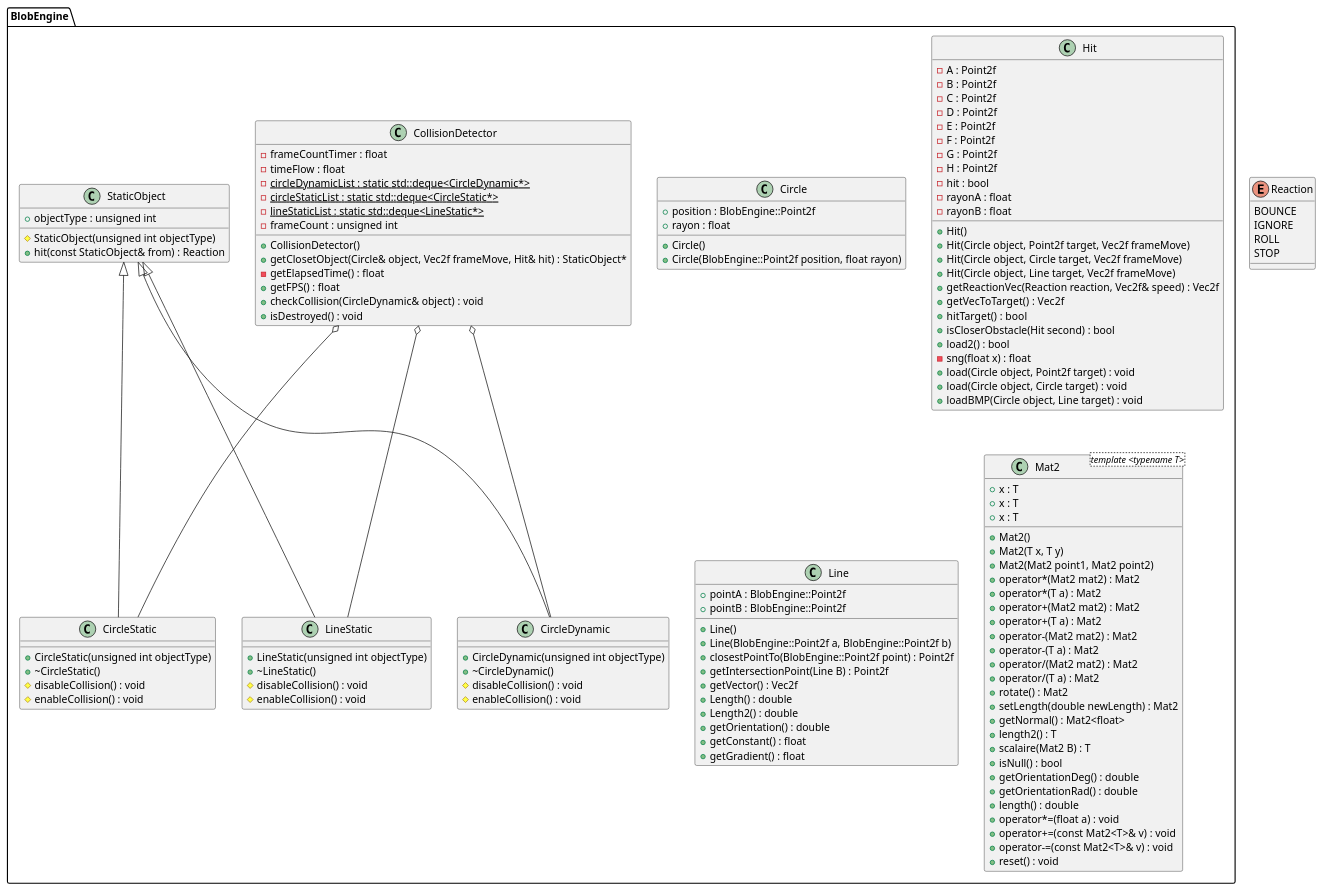
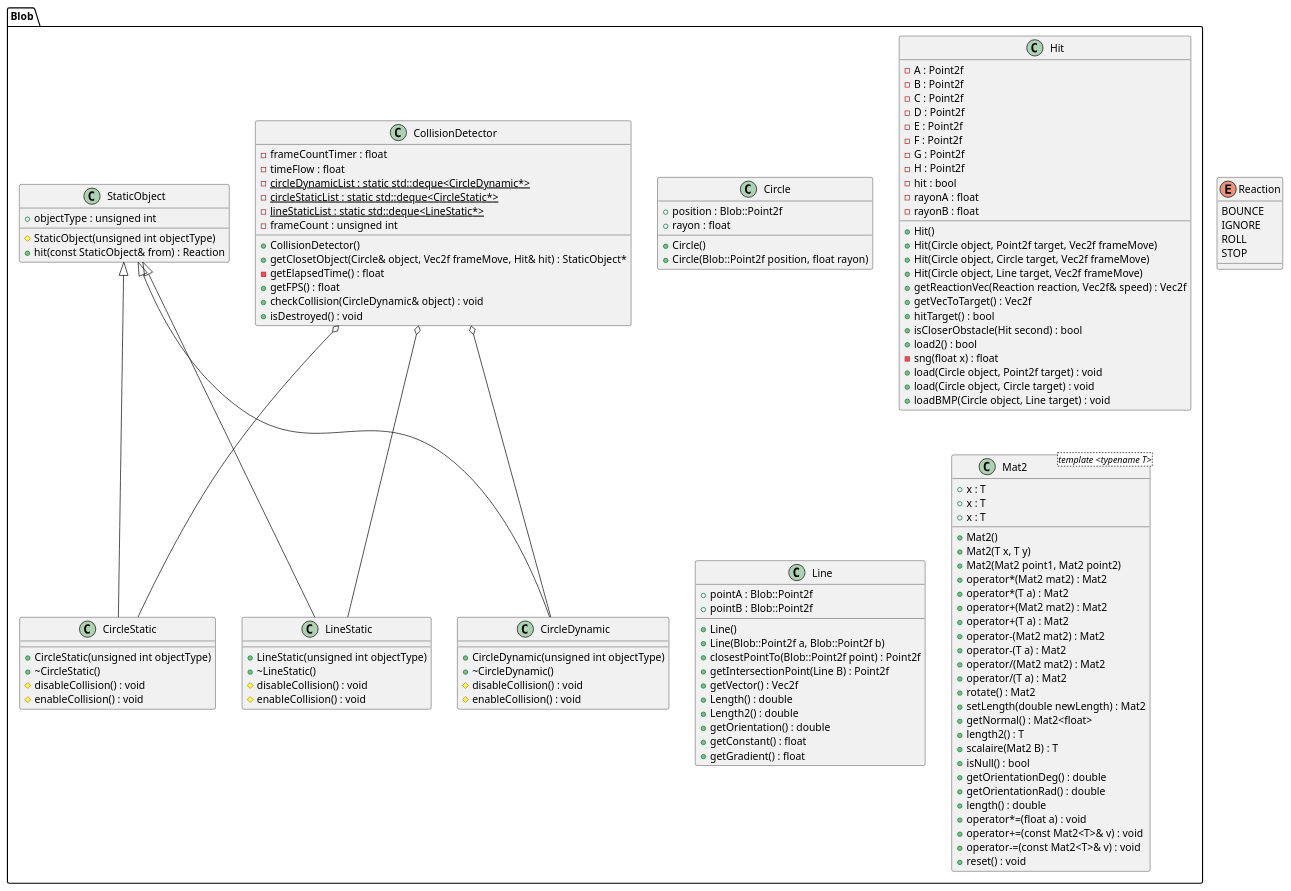
One commit to alexdesaint/BlobEngine changed the diagram in include/BlobEngine/BLobEngine.puml. Above: the diagram before and after it, drawn with PlantUML. The commit also changed 59 other files, not shown here.

```diff
--- a/include/BlobEngine/BLobEngine.puml
+++ b/include/BlobEngine/BLobEngine.puml
@@ -6,17 +6,17 @@
 
 /' Objects '/
 
-namespace BlobEngine {
+namespace Blob {
 	class Circle {
 		+Circle()
-		+Circle(BlobEngine::Point2f position, float rayon)
-		+position : BlobEngine::Point2f
+		+Circle(Blob::Point2f position, float rayon)
+		+position : Blob::Point2f
 		+rayon : float
 	}
 }
 
 
-namespace BlobEngine {
+namespace Blob {
 	class CircleDynamic {
 		+CircleDynamic(unsigned int objectType)
 		+~CircleDynamic()
@@ -26,7 +26,7 @@
 }
 
 
-namespace BlobEngine {
+namespace Blob {
 	class CircleStatic {
 		+CircleStatic(unsigned int objectType)
 		+~CircleStatic()
@@ -36,7 +36,7 @@
 }
 
 
-namespace BlobEngine {
+namespace Blob {
 	class CollisionDetector {
 		+CollisionDetector()
 		+getClosetObject(Circle& object, Vec2f frameMove, Hit& hit) : StaticObject*
@@ -54,7 +54,7 @@
 }
 
 
-namespace BlobEngine {
+namespace Blob {
 	class Hit {
 		+Hit()
 		+Hit(Circle object, Point2f target, Vec2f frameMove)
@@ -84,13 +84,13 @@
 }
 
 
-namespace BlobEngine {
+namespace Blob {
 	class Line {
 		+Line()
-		+Line(BlobEngine::Point2f a, BlobEngine::Point2f b)
-		+pointA : BlobEngine::Point2f
-		+pointB : BlobEngine::Point2f
-		+closestPointTo(BlobEngine::Point2f point) : Point2f
+		+Line(Blob::Point2f a, Blob::Point2f b)
+		+pointA : Blob::Point2f
+		+pointB : Blob::Point2f
+		+closestPointTo(Blob::Point2f point) : Point2f
 		+getIntersectionPoint(Line B) : Point2f
 		+getVector() : Vec2f
 		+Length() : double
@@ -102,7 +102,7 @@
 }
 
 
-namespace BlobEngine {
+namespace Blob {
 	class LineStatic {
 		+LineStatic(unsigned int objectType)
 		+~LineStatic()
@@ -112,7 +112,7 @@
 }
 
 
-namespace BlobEngine {
+namespace Blob {
 	class Mat2 <template <typename T>> {
 		+Mat2()
 		+Mat2(T x, T y)
@@ -145,7 +145,7 @@
 }
 
 
-namespace BlobEngine {
+namespace Blob {
 	class StaticObject {
 		#StaticObject(unsigned int objectType)
 		+hit(const StaticObject& from) : Reaction
@@ -167,17 +167,17 @@
 
 /' Inheritance relationships '/
 
-namespace BlobEngine {
+namespace Blob {
 	StaticObject <|-- CircleDynamic
 }
 
 
-namespace BlobEngine {
+namespace Blob {
 	StaticObject <|-- CircleStatic
 }
 
 
-namespace BlobEngine {
+namespace Blob {
 	StaticObject <|-- LineStatic
 }
 
@@ -187,17 +187,17 @@
 
 /' Aggregation relationships '/
 
-namespace BlobEngine {
+namespace Blob {
 	CollisionDetector o-- CircleDynamic
 }
 
 
-namespace BlobEngine {
+namespace Blob {
 	CollisionDetector o-- CircleStatic
 }
 
 
-namespace BlobEngine {
+namespace Blob {
 	CollisionDetector o-- LineStatic
 }
 
```
